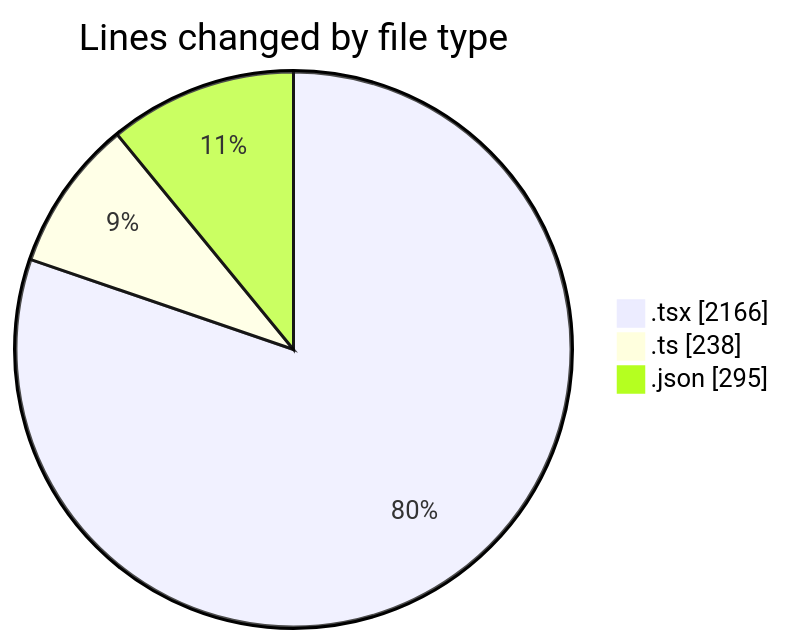
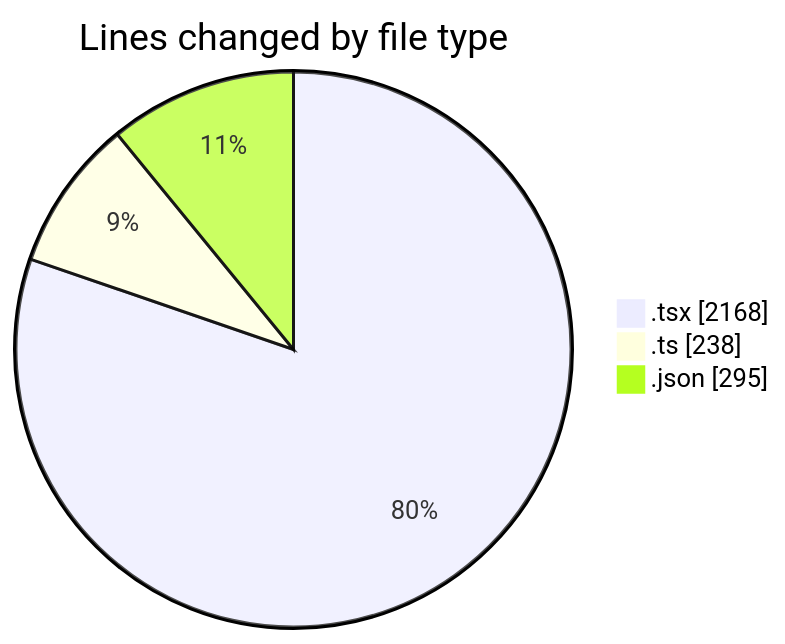
Before and after one commit to julien-gomy/code-tracking: the first of 2 diagrams in 2025-10-09/eventscop-frontend-guide__workspace_/README.md, drawn with Mermaid. The commit also changed other lines of this file and 1 other file, not shown here.

````diff
--- a/2025-10-09/eventscop-frontend-guide__workspace_/README.md
+++ b/2025-10-09/eventscop-frontend-guide__workspace_/README.md
@@ -32,7 +32,7 @@
 ```mermaid
 pie showData
 title Lines changed by file type
-".tsx" : 2166
+".tsx" : 2168
 ".ts" : 238
 ".json" : 295
 ```
````
